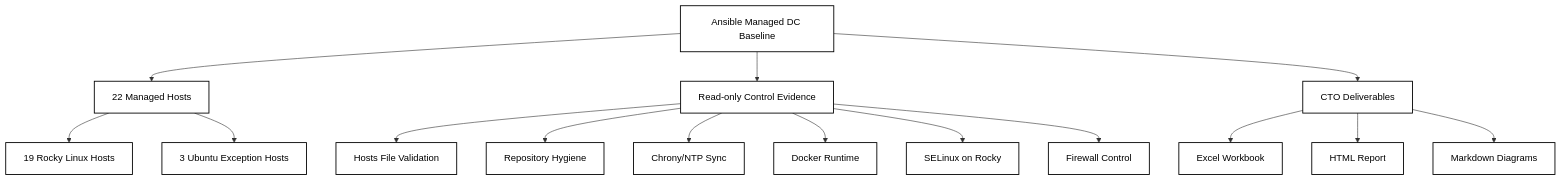
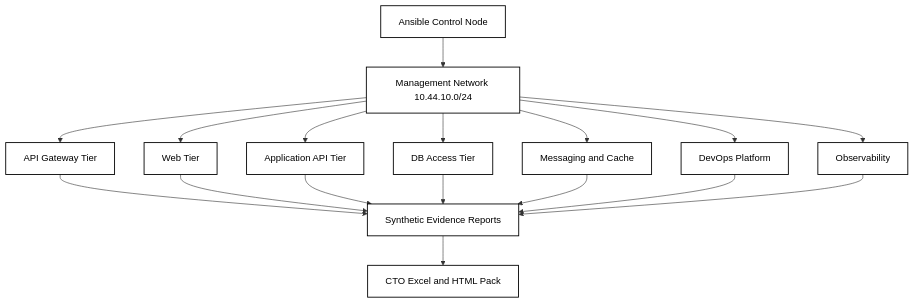
The diagram in docs/diagrams/01-managed-dc-baseline-overview.md (ahmadsheikhi89/ansible-managed-dc-baseline), drawn with Mermaid before and after one commit. The commit also changed other lines of this file and 64 other files, not shown here.

Commit message:
Refactor synthetic enterprise datacenter baseline model

````diff
--- a/docs/diagrams/01-managed-dc-baseline-overview.md
+++ b/docs/diagrams/01-managed-dc-baseline-overview.md
@@ -3,20 +3,22 @@
 ```mermaid
 flowchart TB
-    A["Ansible Managed DC Baseline"] --> B["22 Managed Hosts"]
-    B --> C["19 Rocky Linux Hosts"]
-    B --> D["3 Ubuntu Exception Hosts"]
-    A --> E["Read-only Control Evidence"]
-    E --> F["Hosts File Validation"]
-    E --> G["Repository Hygiene"]
-    E --> H["Chrony/NTP Sync"]
-    E --> I["Docker Runtime"]
-    E --> J["SELinux on Rocky"]
-    E --> K["Firewall Control"]
-    A --> L["CTO Deliverables"]
-    L --> M["Excel Workbook"]
-    L --> N["HTML Report"]
-    L --> O["Markdown Diagrams"]
+    A["Ansible Control Node"] --> B["Management Network 10.44.10.0/24"]
+    B --> C["API Gateway Tier"]
+    B --> D["Web Tier"]
+    B --> E["Application API Tier"]
+    B --> F["DB Access Tier"]
+    B --> G["Messaging and Cache"]
+    B --> H["DevOps Platform"]
+    B --> I["Observability"]
+    C --> J["Synthetic Evidence Reports"]
+    D --> J
+    E --> J
+    F --> J
+    G --> J
+    H --> J
+    I --> J
+    J --> K["CTO Excel and HTML Pack"]
 
     classDef bw fill:#ffffff,stroke:#000000,color:#000000,stroke-width:1.5px;
-    class A,B,C,D,E,F,G,H,I,J,K,L,M,N,O bw;
+    class A,B,C,D,E,F,G,H,I,J,K bw;
 ```
````
